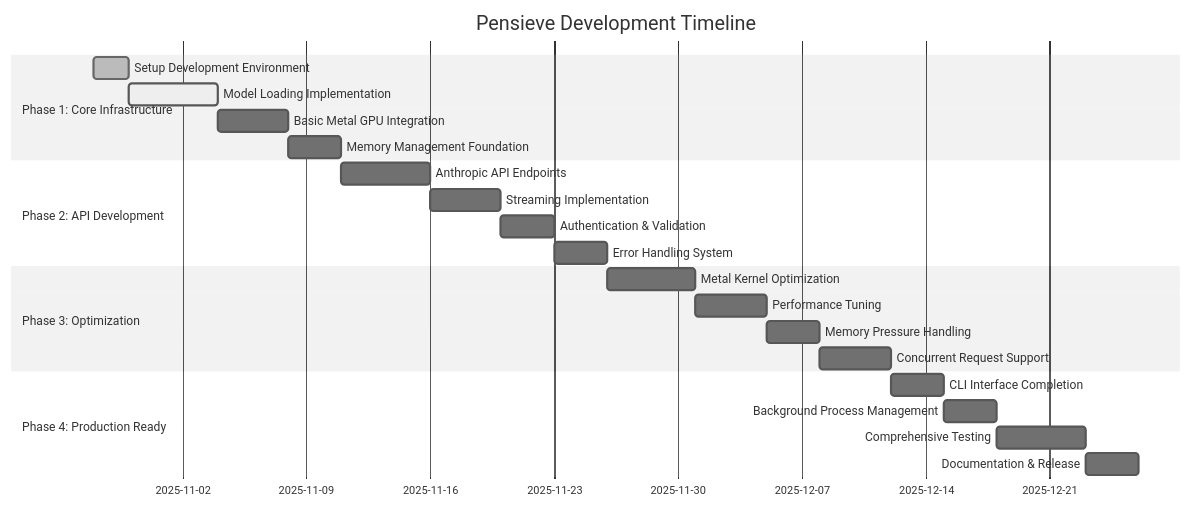
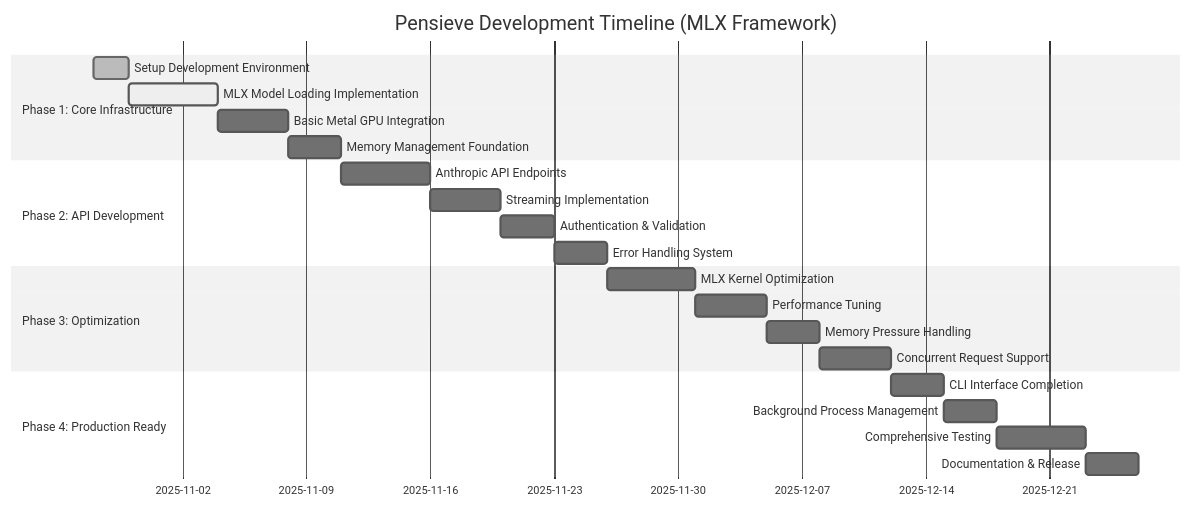
Before and after one commit to that-in-rust/pensieve-local-llm-server: the third of 3 diagrams in .prdArch/Arch02PensieveV1.md, drawn with Mermaid (neutral theme). The commit also changed other lines of this file and 13 other files, not shown here.

First line of the commit message:
Complete MLX Architecture Transition: Documentation Overhaul

````diff
--- a/.prdArch/Arch02PensieveV1.md
+++ b/.prdArch/Arch02PensieveV1.md
@@ -2043,28 +1964,28 @@
 ```mermaid
 gantt
-    title Pensieve Development Timeline
+    title Pensieve Development Timeline (MLX Framework)
     dateFormat  YYYY-MM-DD
     section Phase 1: Core Infrastructure
     Setup Development Environment    :done, setup, 2025-10-28, 2d
-    Model Loading Implementation    :active, model, 2025-10-30, 5d
+    MLX Model Loading Implementation    :active, model, 2025-10-30, 5d
     Basic Metal GPU Integration     :metal, after model, 4d
     Memory Management Foundation    :memory, after metal, 3d
 
     section Phase 2: API Development
     Anthropic API Endpoints         :api, after memory, 5d
     Streaming Implementation        :stream, after api, 4d
     Authentication & Validation     :auth, after stream, 3d
     Error Handling System           :error, after auth, 3d
 
     section Phase 3: Optimization
-    Metal Kernel Optimization       :kernel, after error, 5d
+    MLX Kernel Optimization       :kernel, after error, 5d
     Performance Tuning             :perf, after kernel, 4d
     Memory Pressure Handling        :pressure, after perf, 3d
     Concurrent Request Support      :concurrent, after pressure, 4d
 
     section Phase 4: Production Ready
     CLI Interface Completion         :cli, after concurrent, 3d
     Background Process Management    :bg, after cli, 3d
     Comprehensive Testing           :test, after bg, 5d
     Documentation & Release          :docs, after test, 3d
 ```
````
